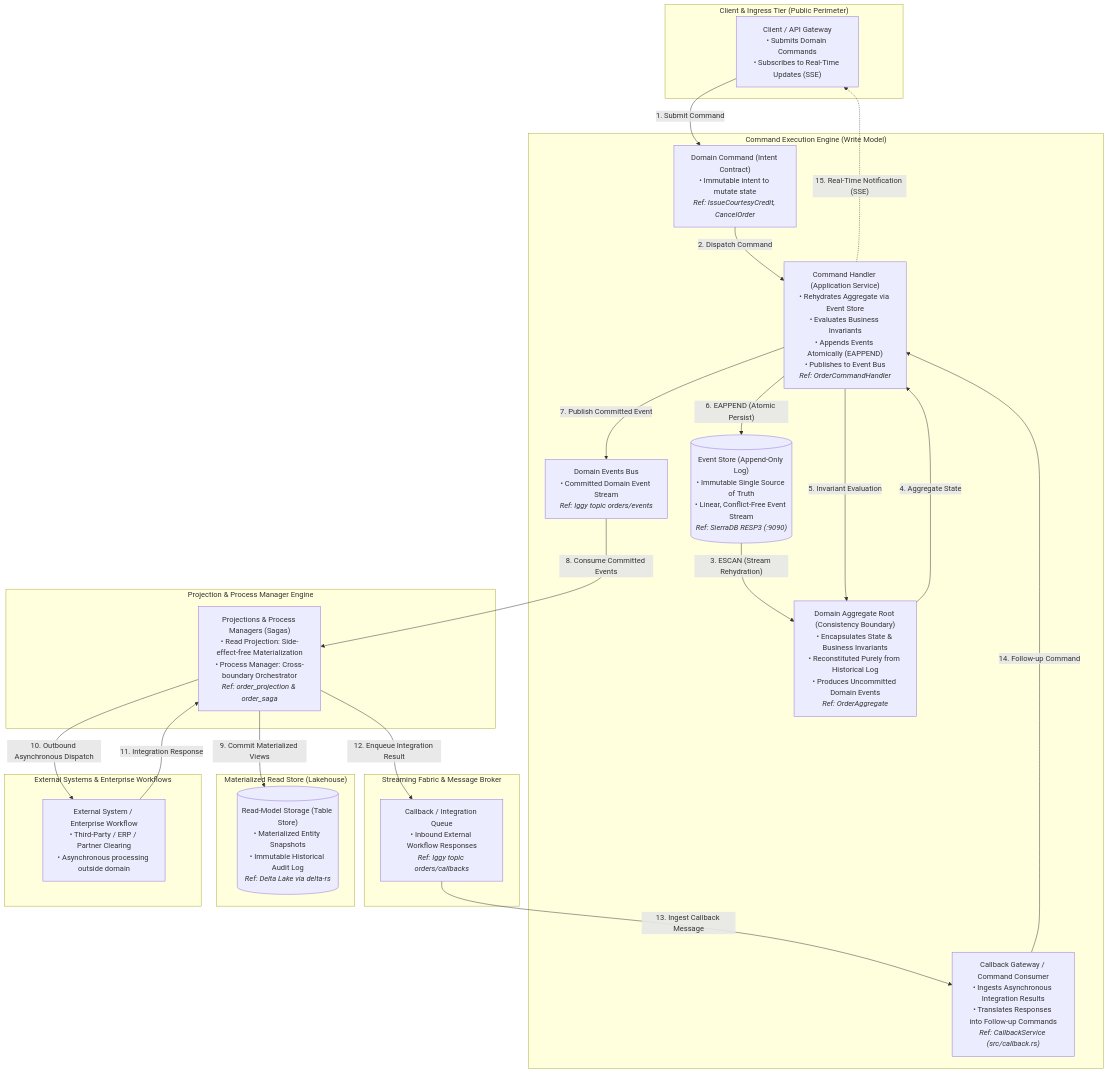
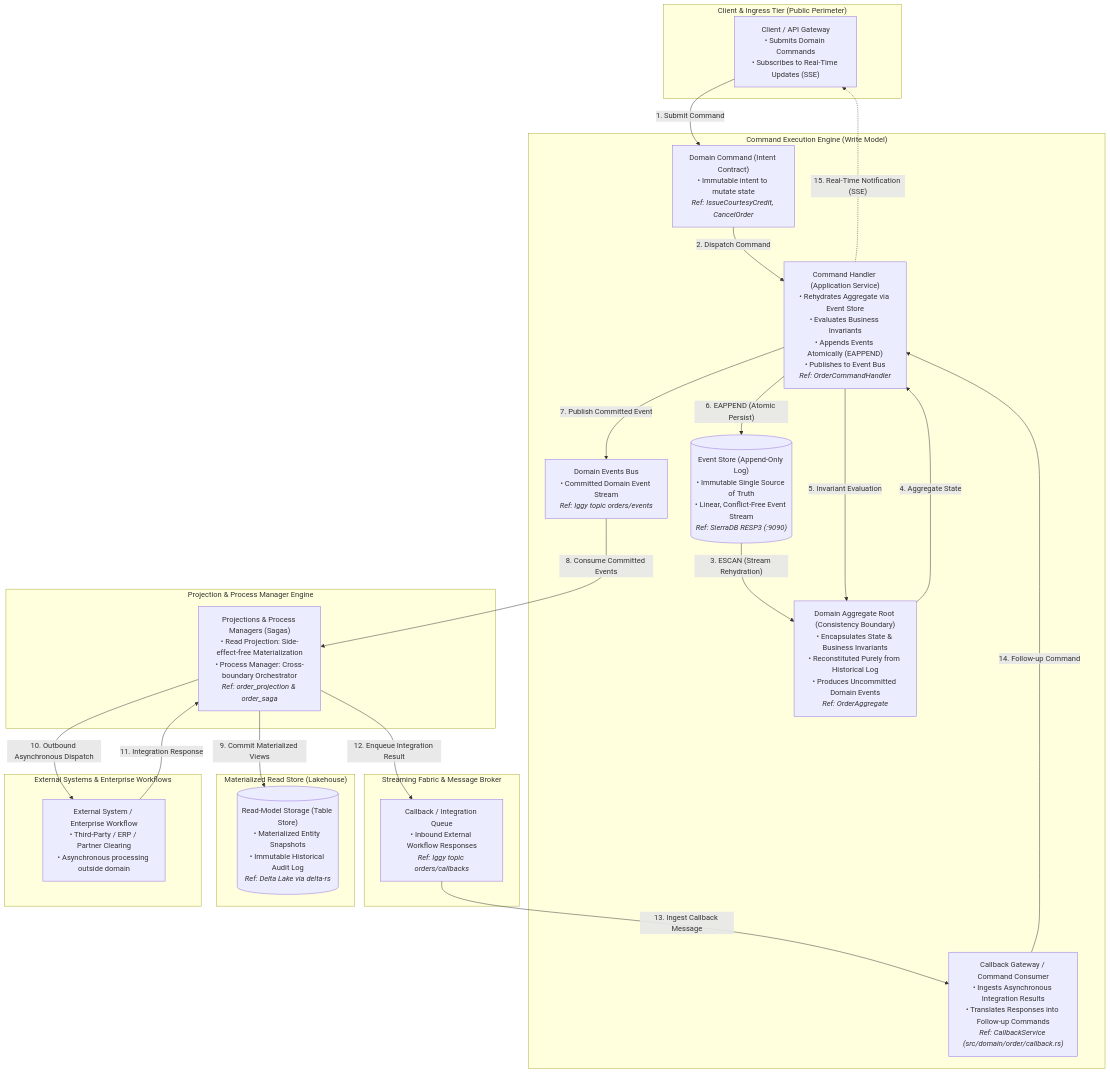
The first of 3 diagrams in README.md (reidlai/ferrous-cqrses), drawn with Mermaid before and after one commit. The commit also changed other lines of this file and 5 other files, not shown here.

Commit message:
refactor(domain): relocate projection, callback, and saga into domain::order

````diff
--- a/README.md
+++ b/README.md
@@ -51,61 +51,61 @@
 ```mermaid
 flowchart TD
     subgraph Client_Tier ["Client & Ingress Tier (Public Perimeter)"]
         Client["Client / API Gateway<br/>• Submits Domain Commands<br/>• Subscribes to Real-Time Updates (SSE)"]
     end
 
     subgraph Command_Tier ["Command Execution Engine (Write Model)"]
         Command["Domain Command (Intent Contract)<br/>• Immutable intent to mutate state<br/><i>Ref: IssueCourtesyCredit, CancelOrder</i>"]
         CommandHandler["Command Handler (Application Service)<br/>• Rehydrates Aggregate via Event Store<br/>• Evaluates Business Invariants<br/>• Appends Events Atomically (EAPPEND)<br/>• Publishes to Event Bus<br/><i>Ref: OrderCommandHandler</i>"]
         Aggregate["Domain Aggregate Root (Consistency Boundary)<br/>• Encapsulates State & Business Invariants<br/>• Reconstituted Purely from Historical Log<br/>• Produces Uncommitted Domain Events<br/><i>Ref: OrderAggregate</i>"]
-        CallbackWorker["Callback Gateway / Command Consumer<br/>• Ingests Asynchronous Integration Results<br/>• Translates Responses into Follow-up Commands<br/><i>Ref: CallbackService (src/callback.rs)</i>"]
+        CallbackWorker["Callback Gateway / Command Consumer<br/>• Ingests Asynchronous Integration Results<br/>• Translates Responses into Follow-up Commands<br/><i>Ref: CallbackService (src/domain/order/callback.rs)</i>"]
         EventStore[("Event Store (Append-Only Log)<br/>• Immutable Single Source of Truth<br/>• Linear, Conflict-Free Event Stream<br/><i>Ref: SierraDB RESP3 (:9090)</i>")]
 
         Command -->|"2. Dispatch Command"| CommandHandler
         EventStore -->|"3. ESCAN (Stream Rehydration)"| Aggregate
         Aggregate -->|"4. Aggregate State"| CommandHandler
         CommandHandler -->|"5. Invariant Evaluation"| Aggregate
         CommandHandler -->|"6. EAPPEND (Atomic Persist)"| EventStore
         CommandHandler -->|"7. Publish Committed Event"| DomainEventsBus
         CallbackWorker -->|"14. Follow-up Command"| CommandHandler        
     end
 
     subgraph Streaming_Fabric ["Streaming Fabric & Message Broker"]
         DomainEventsBus["Domain Events Bus<br/>• Committed Domain Event Stream<br/><i>Ref: Iggy topic orders/events</i>"]
         CallbackQueue["Callback / Integration Queue<br/>• Inbound External Workflow Responses<br/><i>Ref: Iggy topic orders/callbacks</i>"]
     end
 
     subgraph Projection_Tier ["Projection & Process Manager Engine"]
         Projections["Projections & Process Managers (Sagas)<br/>• Read Projection: Side-effect-free Materialization<br/>• Process Manager: Cross-boundary Orchestrator<br/><i>Ref: order_projection & order_saga</i>"]
     end
 
     subgraph Read_Store_Tier ["Materialized Read Store (Lakehouse)"]
         ReadStore[("Read-Model Storage (Table Store)<br/>• Materialized Entity Snapshots<br/>• Immutable Historical Audit Log<br/><i>Ref: Delta Lake via delta-rs</i>")]
     end
 
     subgraph External_Tier ["External Systems & Enterprise Workflows"]
         ExternalSystem["External System / Enterprise Workflow<br/>• Third-Party / ERP / Partner Clearing<br/>• Asynchronous processing outside domain"]
     end        
 
     Client_Tier ~~~ Command_Tier
     Command_Tier ~~~ Streaming_Fabric
     Streaming_Fabric ~~~ Projection_Tier
     Projection_Tier ~~~ Read_Store_Tier
     Projection_Tier ~~~ External_Tier    
 
     %% Step 1: Command Submission
     Client -->|"1. Submit Command"| Command
     CommandHandler -.->|"15. Real-Time Notification (SSE)"| Client
 
     %% Step 2: Read Model Materialization
     DomainEventsBus -->|"8. Consume Committed Events"| Projections
     Projections -->|"9. Commit Materialized Views"| ReadStore
 
     %% Step 3: Outbound Process Management & Integration
     Projections -->|"10. Outbound Asynchronous Dispatch"| ExternalSystem
     ExternalSystem -->|"11. Integration Response"| Projections
 
     %% Step 4: Callback Queue Placement & Loop Closure
     Projections -->|"12. Enqueue Integration Result"| CallbackQueue
     CallbackQueue -->|"13. Ingest Callback Message"| CallbackWorker
 ```
````
